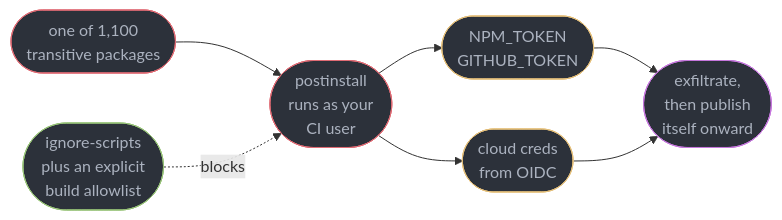
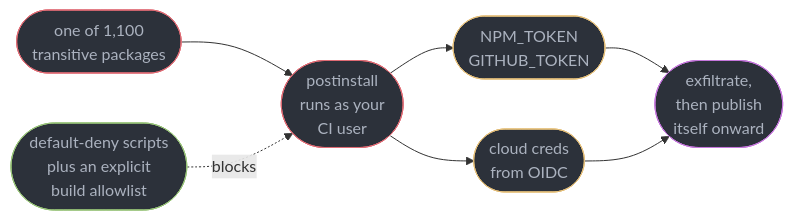
The fourth of 6 diagrams in src/main/java/com/rutik/systemdesign/frontend_platform/package_management_and_supply_chain/package_management_and_supply_chain.md (rppol/system-design), drawn with Mermaid before and after one commit. The commit also changed other lines of this file and 655 other files, not shown here.

````diff
--- a/src/main/java/com/rutik/systemdesign/frontend_platform/package_management_and_supply_chain/package_management_and_supply_chain.md
+++ b/src/main/java/com/rutik/systemdesign/frontend_platform/package_management_and_supply_chain/package_management_and_supply_chain.md
@@ -184,21 +184,21 @@
 ```mermaid
 flowchart LR
     classDef dep fill:#2c313a,stroke:#e06c75,color:#abb2bf
     classDef env fill:#2c313a,stroke:#e5c07b,color:#abb2bf
     classDef out fill:#2c313a,stroke:#c678dd,color:#abb2bf
     classDef safe fill:#2c313a,stroke:#98c379,color:#abb2bf
     D(["one of 1,100<br/>transitive packages"])
     H(["postinstall<br/>runs as your<br/>CI user"])
     E1(["NPM_TOKEN<br/>GITHUB_TOKEN"])
     E2(["cloud creds<br/>from OIDC"])
     X(["exfiltrate,<br/>then publish<br/>itself onward"])
-    G(["ignore-scripts<br/>plus an explicit<br/>build allowlist"])
+    G(["default-deny scripts<br/>plus an explicit<br/>build allowlist"])
     D --> H
     H --> E1 --> X
     H --> E2 --> X
     G -.->|"blocks"| H
     class D,H dep
     class E1,E2 env
     class X out
     class G safe
 ```
````
